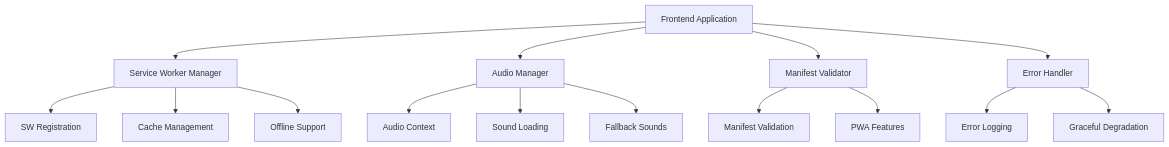
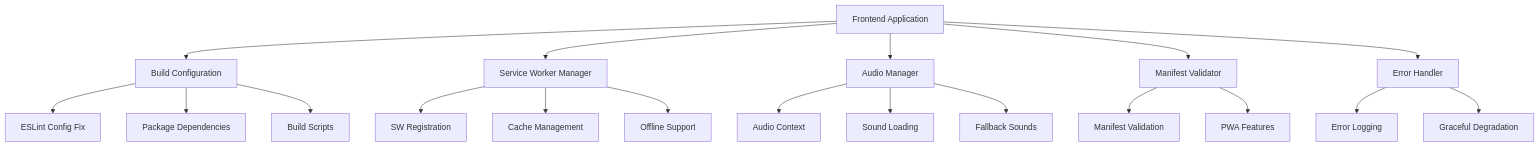
One commit to SeanDylan1982/neighbourhood-watch-app changed the diagram in .kiro/specs/frontend-deployment-fixes/design.md. Above: the diagram before and after it, drawn with Mermaid. The commit also changed other lines of this file and 4 other files, not shown here.

````diff
--- a/.kiro/specs/frontend-deployment-fixes/design.md
+++ b/.kiro/specs/frontend-deployment-fixes/design.md
@@ -20,21 +21,26 @@
 ```mermaid
 graph TD
-    A[Frontend Application] --> B[Service Worker Manager]
-    A --> C[Audio Manager]
-    A --> D[Manifest Validator]
-    A --> E[Error Handler]
+    A[Frontend Application] --> B[Build Configuration]
+    A --> C[Service Worker Manager]
+    A --> D[Audio Manager]
+    A --> E[Manifest Validator]
+    A --> F[Error Handler]
     
-    B --> F[SW Registration]
-    B --> G[Cache Management]
-    B --> H[Offline Support]
+    B --> G[ESLint Config Fix]
+    B --> H[Package Dependencies]
+    B --> I[Build Scripts]
     
-    C --> I[Audio Context]
-    C --> J[Sound Loading]
-    C --> K[Fallback Sounds]
+    C --> J[SW Registration]
+    C --> K[Cache Management]
+    C --> L[Offline Support]
     
-    D --> L[Manifest Validation]
-    D --> M[PWA Features]
+    D --> M[Audio Context]
+    D --> N[Sound Loading]
+    D --> O[Fallback Sounds]
     
-    E --> N[Error Logging]
-    E --> O[Graceful Degradation]
+    E --> P[Manifest Validation]
+    E --> Q[PWA Features]
+    
+    F --> R[Error Logging]
+    F --> S[Graceful Degradation]
 ```
````
